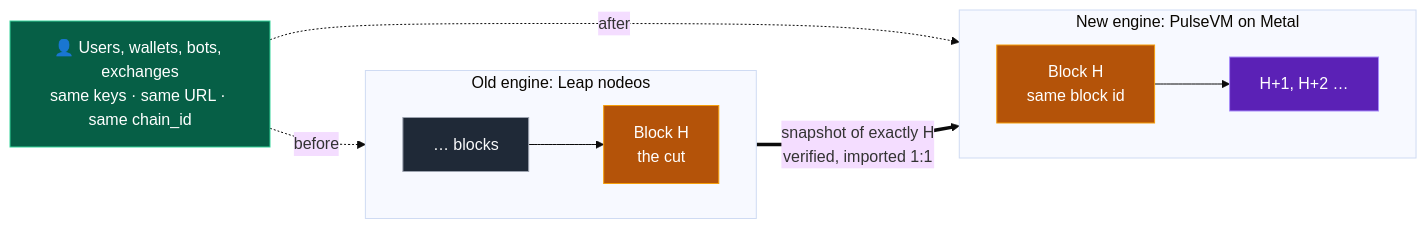
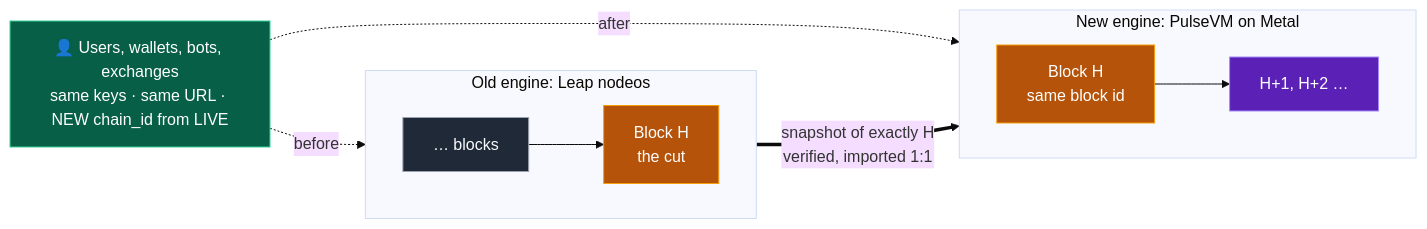
The first of 8 diagrams in docs/PROCESS.md (paulgnz/pulse-cutover), drawn with Mermaid (base theme) before and after one commit. The commit also changed other lines of this file and 30 other files, not shown here.

````diff
--- a/docs/PROCESS.md
+++ b/docs/PROCESS.md
@@ -38,23 +39,23 @@
 ```mermaid
 flowchart LR
     classDef old fill:#1f2937,stroke:#9ca3af,color:#f9fafb
     classDef cut fill:#b45309,stroke:#f59e0b,color:#fff
     classDef new fill:#5b21b6,stroke:#a78bfa,color:#fff
     classDef user fill:#065f46,stroke:#34d399,color:#fff
 
-    U["👤 Users, wallets, bots, exchanges<br/>same keys · same URL · same chain_id"]:::user
+    U["👤 Users, wallets, bots, exchanges<br/>same keys · same URL · NEW chain_id from LIVE"]:::user
 
     subgraph OLD["Old engine: Leap nodeos"]
         direction LR
         B1["… blocks"]:::old --> BH["Block H<br/>the cut"]:::cut
     end
 
     subgraph NEW["New engine: PulseVM on Metal"]
         direction LR
         P0["Block H<br/>same block id"]:::cut --> P1["H+1, H+2 …"]:::new
     end
 
     BH == "snapshot of exactly H<br/>verified, imported 1:1" ==> P0
     U -. "before" .-> OLD
     U -. "after" .-> NEW
 ```
````
